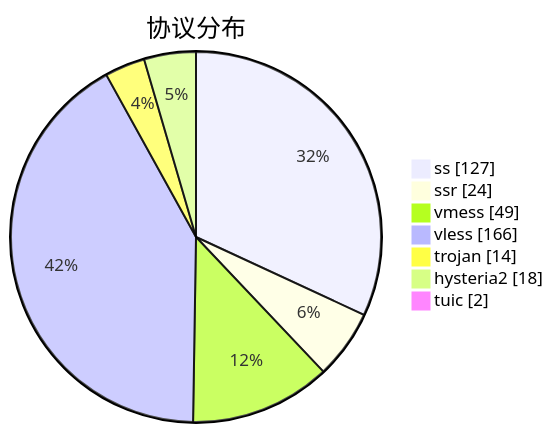
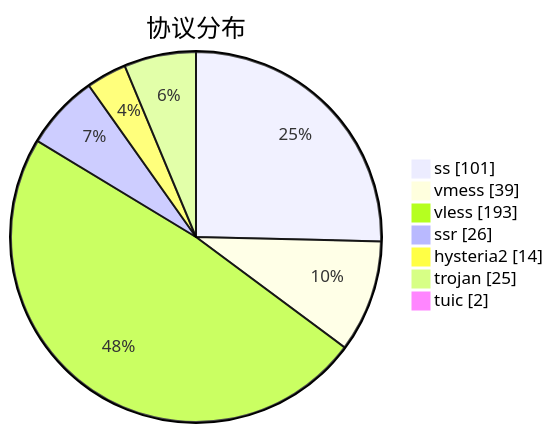
Before and after one commit to qjlxg/airport: the third of 3 diagrams in subs/statistics/tested_within.md, drawn with Mermaid. The commit also changed other lines of this file and 2 other files, not shown here.

````diff
--- a/subs/statistics/tested_within.md
+++ b/subs/statistics/tested_within.md
@@ -34,11 +32,11 @@
 ```mermaid
 pie showData
 title 协议分布
-"ss" : 127
-"ssr" : 24
-"vmess" : 49
-"vless" : 166
-"trojan" : 14
-"hysteria2" : 18
+"ss" : 101
+"vmess" : 39
+"vless" : 193
+"ssr" : 26
+"hysteria2" : 14
+"trojan" : 25
 "tuic" : 2
 ```
````
